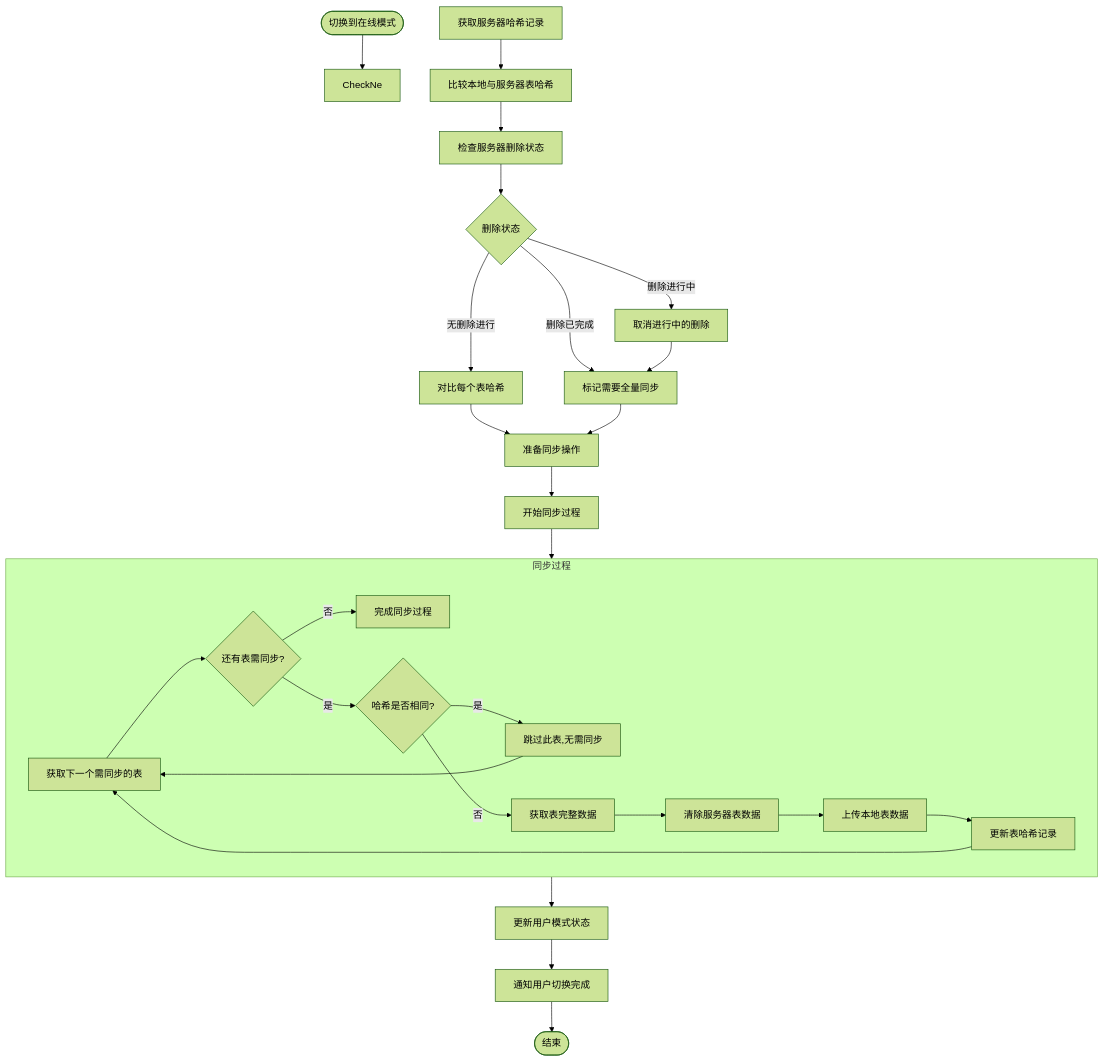
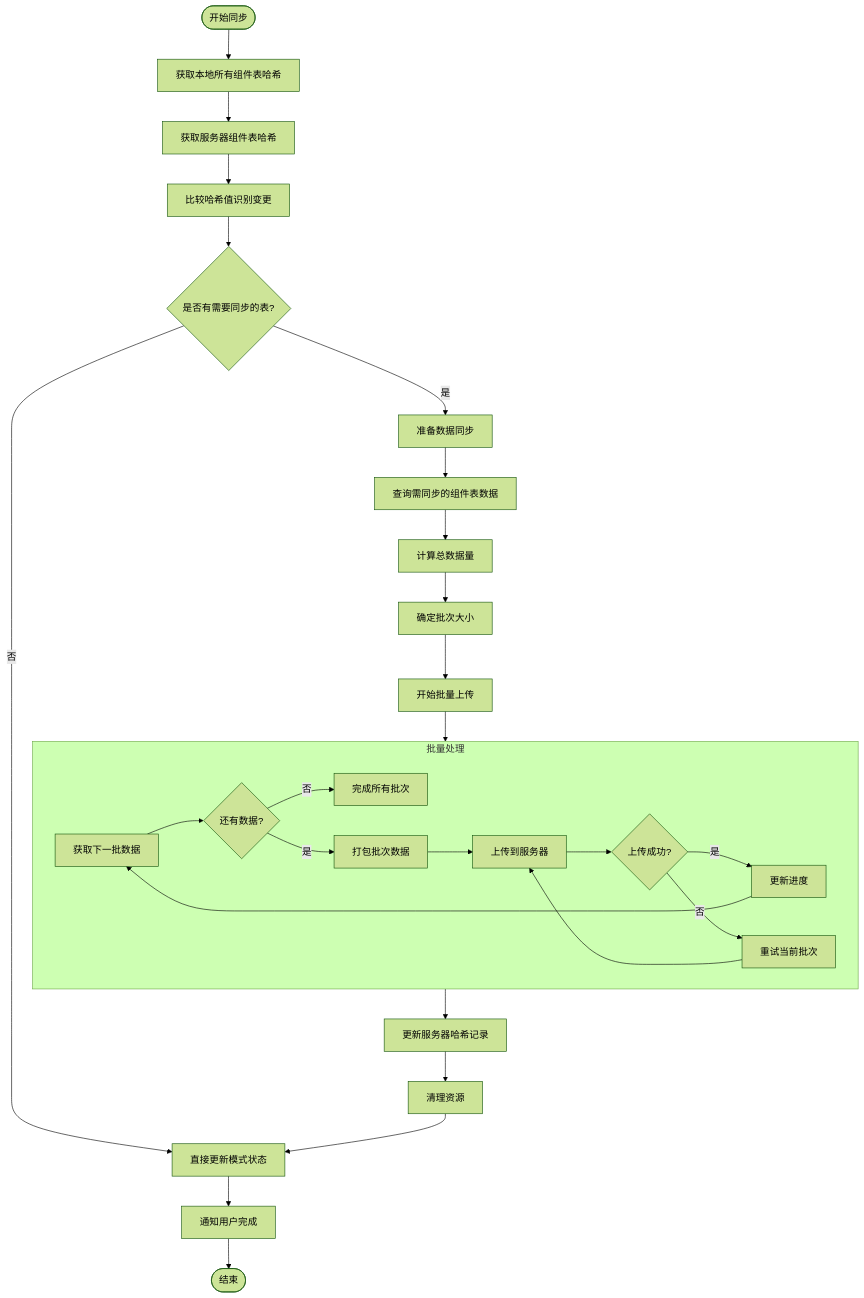
Before and after one commit to yingjianzh/iodraw-files: the diagram in all/未命名-51.md, drawn with Mermaid (forest theme).

Commit message:
2025-05-08 16:33:19 update

````diff
--- a/all/未命名-51.md
+++ b/all/未命名-51.md
@@ -1,43 +1,36 @@
 ```mermaid
 flowchart TD
-    Start([切换到在线模式]) --> CheckNe
+    Start([开始同步]) --> FetchLocalHashes[获取本地所有组件表哈希]
+    FetchLocalHashes --> FetchServerHashes[获取服务器组件表哈希]
+    FetchServerHashes --> CompareHashes[比较哈希值识别变更]
     
+    CompareHashes --> NeedSync{是否有需要同步的表?}
+    NeedSync -->|否| UpdateMode[直接更新模式状态]
+    NeedSync -->|是| PrepareSync[准备数据同步]
     
-    FetchServerHashes[获取服务器哈希记录]
+    PrepareSync --> QueryChangedData[查询需同步的组件表数据]
+    QueryChangedData --> CalculateDataSize[计算总数据量]
+    CalculateDataSize --> DetermineBatchSize[确定批次大小]
     
-    FetchServerHashes --> CompareTables[比较本地与服务器表哈希]
-    CompareTables --> CheckDeletionStatus[检查服务器删除状态]
+    DetermineBatchSize --> BeginBatchUpload[开始批量上传]
     
-    CheckDeletionStatus --> DeletionState{删除状态}
-    
-    DeletionState -->|无删除进行| CompareHashes[对比每个表哈希]
-    DeletionState -->|删除进行中| CancelDeletion[取消进行中的删除]
-    DeletionState -->|删除已完成| ForceFullSync[标记需要全量同步]
-    
-    CancelDeletion --> ForceFullSync
-    
-    CompareHashes --> PrepareSync[准备同步操作]
-    ForceFullSync --> PrepareSync
-    
-    PrepareSync --> BeginSyncProcess[开始同步过程]
-    
-    subgraph SyncProcess [同步过程]
-        A[获取下一个需同步的表] --> B{还有表需同步?}
-        B -->|否| CompleteSyncProcess[完成同步过程]
-        B -->|是| C{哈希是否相同?}
-        
-        C -->|是| TablesSkipped[跳过此表,无需同步]
-        C -->|否| D[获取表完整数据]
-        TablesSkipped --> A
-        
-        D --> E[清除服务器表数据]
-        E --> F[上传本地表数据]
-        F --> G[更新表哈希记录]
-        G --> A
+    subgraph BatchProcess [批量处理]
+        A[获取下一批数据] --> B{还有数据?}
+        B -->|否| ExitLoop[完成所有批次]
+        B -->|是| C[打包批次数据]
+        C --> D[上传到服务器]
+        D --> E{上传成功?}
+        E -->|是| F[更新进度]
+        E -->|否| G[重试当前批次]
+        G --> D
+        F --> A
     end
     
-    BeginSyncProcess --> SyncProcess
-    SyncProcess --> UpdateModeState[更新用户模式状态]
-    UpdateModeState --> NotifyComplete[通知用户切换完成]
-    NotifyComplete --> End([结束])
+    BeginBatchUpload --> BatchProcess
+    BatchProcess --> UpdateHashes[更新服务器哈希记录]
+    UpdateHashes --> CleanupResources[清理资源]
+    CleanupResources --> UpdateMode
+    
+    UpdateMode --> NotifyCompletion[通知用户完成]
+    NotifyCompletion --> End([结束])
 ```
````
